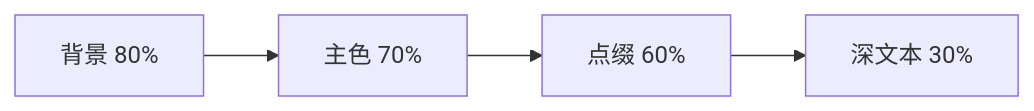
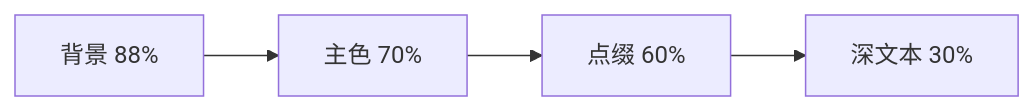
The first of 2 diagrams in README.md (caojianfeng/moranti_colors), drawn with Mermaid before and after one commit. The commit also changed other lines of this file, not shown here.

````diff
--- a/README.md
+++ b/README.md
@@ -77,6 +83,6 @@
    ```mermaid
    graph LR
-     A[背景 80%] --> B[主色 70%] 
+     A[背景 88%] --> B[主色 70%] 
      B --> C[点缀 60%] 
      C --> D[深文本 30%]
    ```
````
